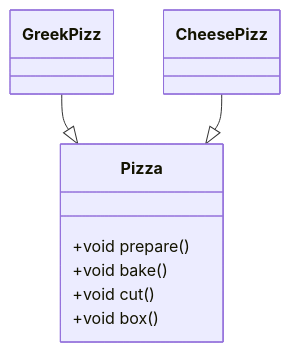
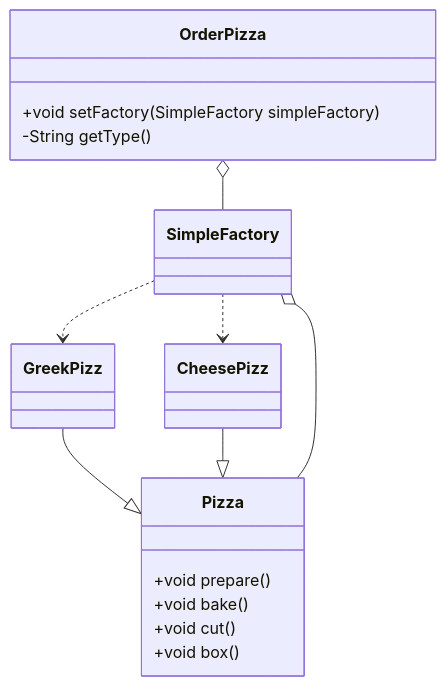
Before and after one commit to itisamazingxx/Object-Oriented-Design: the diagram in design-pattern/factory/simplefactory/README.md, drawn with Mermaid. The commit also changed other lines of this file and 646 other files, not shown here.

````diff
--- a/design-pattern/factory/simplefactory/README.md
+++ b/design-pattern/factory/simplefactory/README.md
@@ -8,16 +8,28 @@
 ```mermaid
 classDiagram
 class Pizza
 Pizza: +void prepare()
 Pizza: +void bake()
 Pizza: +void cut()
 Pizza: +void box()
 
 class GreekPizz
 
 GreekPizz --|>  Pizza
 
 class CheesePizz
 
 CheesePizz --|> Pizza
+
+class OrderPizza
+OrderPizza: +void setFactory(SimpleFactory simpleFactory)
+OrderPizza: -String getType()
+
+class SimpleFactory
+
+OrderPizza o-- SimpleFactory
+
+SimpleFactory o-- Pizza
+SimpleFactory ..> GreekPizz
+SimpleFactory ..> CheesePizz
 ```
````
